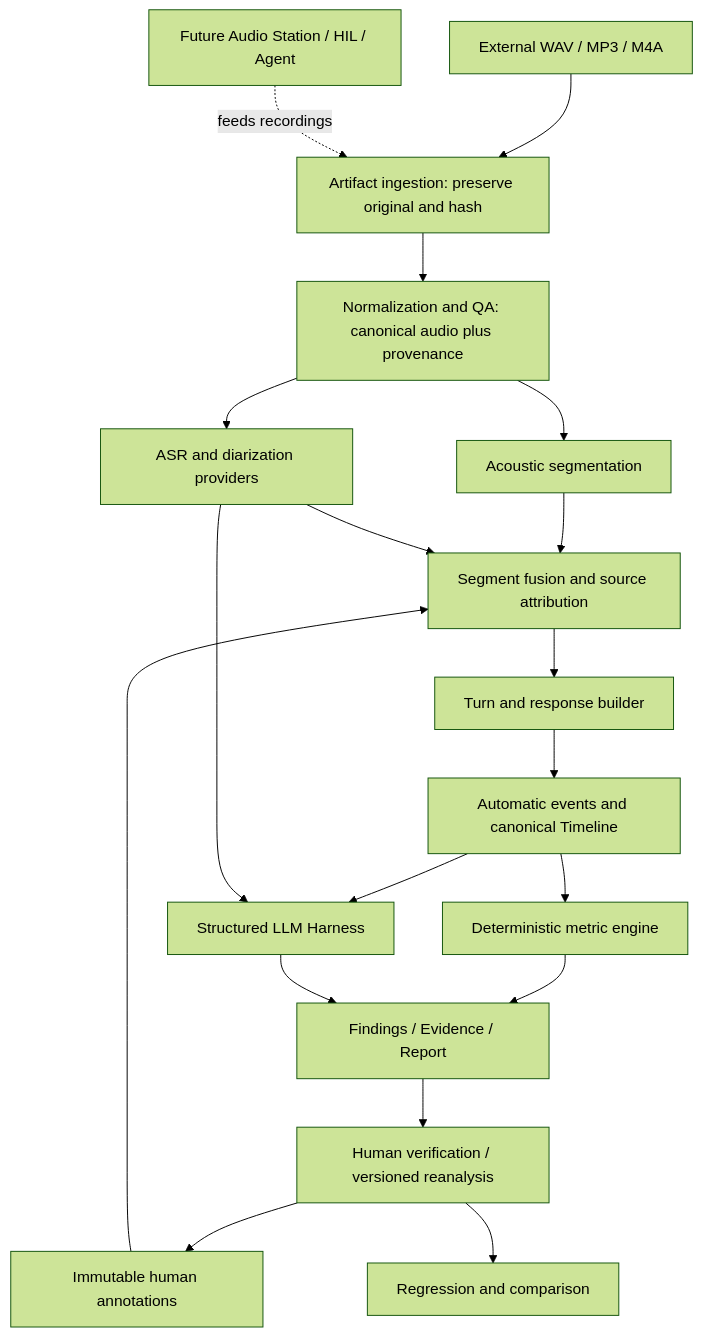
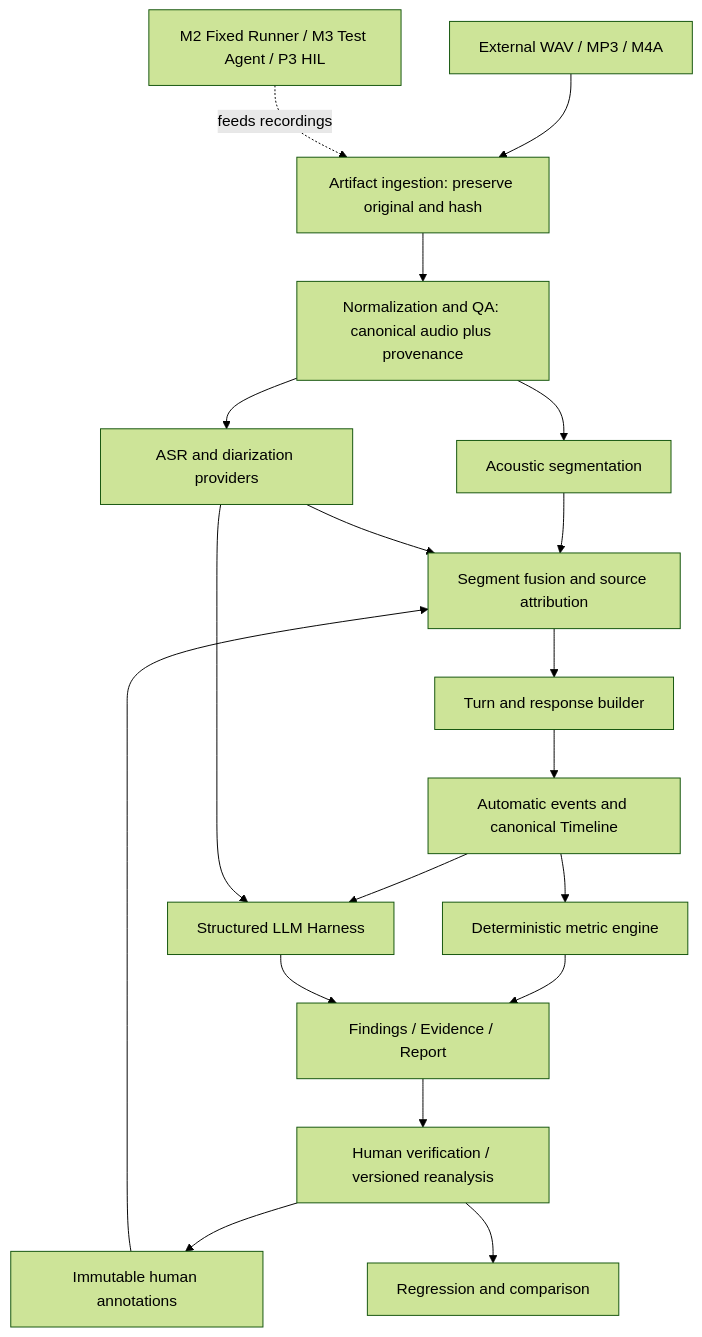
Before and after one commit to lybym/AIVoiceBench: the diagram in docs/01-system-architecture.md, drawn with Mermaid (forest theme). The commit also changed other lines of this file and 19 other files, not shown here.

````diff
--- a/docs/01-system-architecture.md
+++ b/docs/01-system-architecture.md
@@ -9,21 +11,21 @@
 ```mermaid
 flowchart TD
   R[External WAV / MP3 / M4A] --> I[Artifact ingestion: preserve original and hash]
   I --> N[Normalization and QA: canonical audio plus provenance]
   N --> A[Acoustic segmentation]
   N --> S[ASR and diarization providers]
   A --> F[Segment fusion and source attribution]
   S --> F
   H[Immutable human annotations] --> F
   F --> T[Turn and response builder]
   T --> E[Automatic events and canonical Timeline]
   E --> D[Deterministic metric engine]
   E --> L[Structured LLM Harness]
   S --> L
   D --> O[Findings / Evidence / Report]
   L --> O
   O --> V[Human verification / versioned reanalysis]
   V --> H
   V --> G[Regression and comparison]
-  X[Future Audio Station / HIL / Agent] -. feeds recordings .-> I
+  X[M2 Fixed Runner / M3 Test Agent / P3 HIL] -. feeds recordings .-> I
 ```
````
